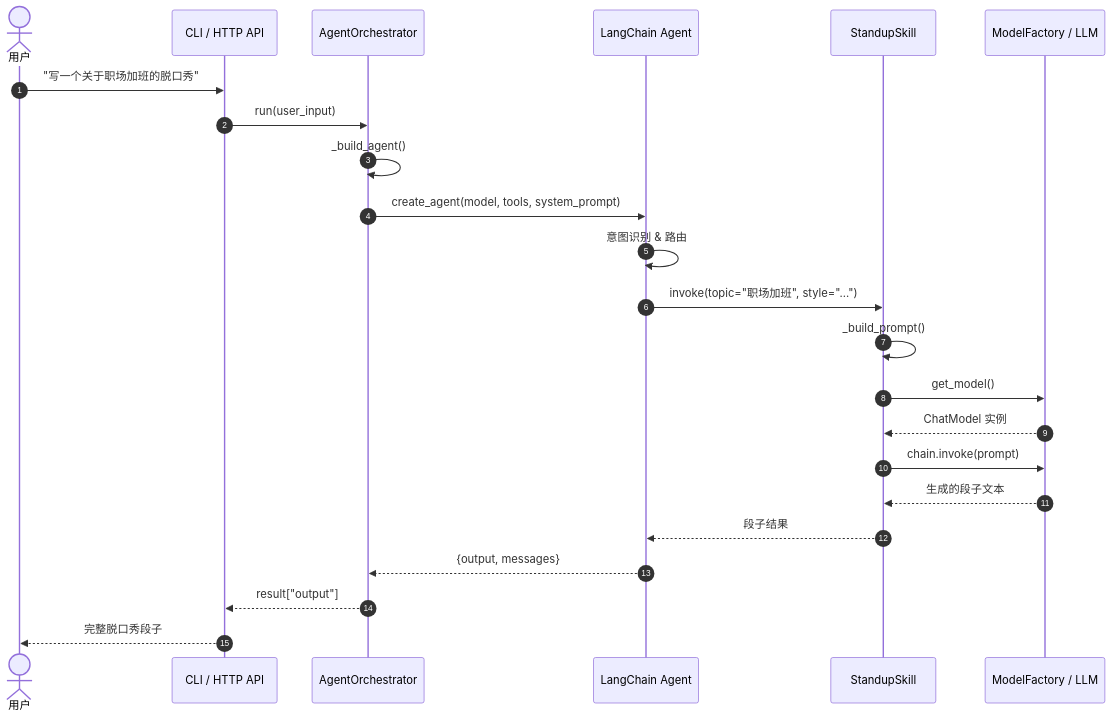
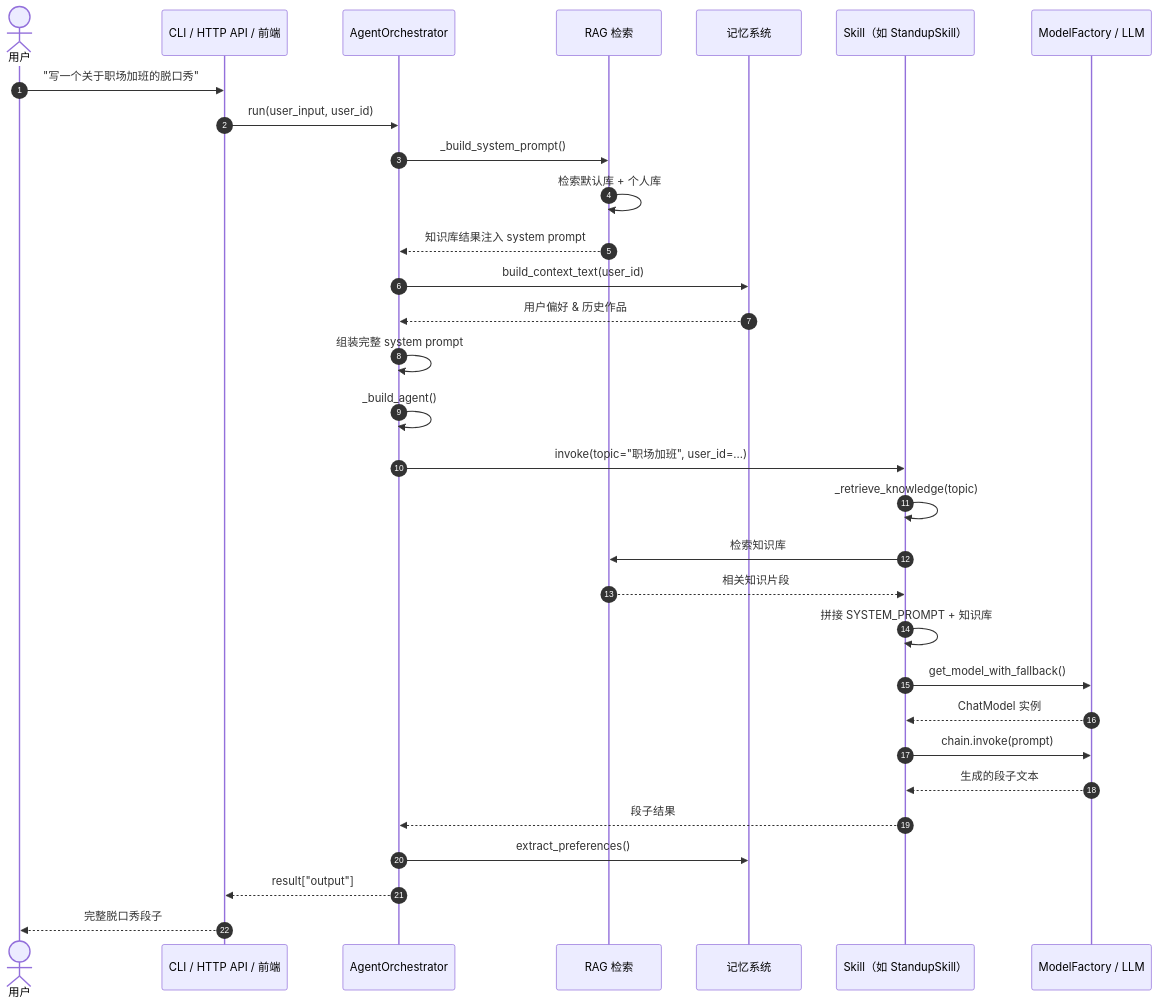
One commit to kreator666/cd-agent changed the second of 4 diagrams in docs/architecture.md. Above: the diagram before and after it, drawn with Mermaid. The commit also changed other lines of this file and 3 other files, not shown here.

First line of the commit message:
docs: 更新系统架构图反映当前完整架构

````diff
--- a/docs/architecture.md
+++ b/docs/architecture.md
@@ -77,26 +115,34 @@
 ```mermaid
 sequenceDiagram
     autonumber
     actor User as 用户
-    participant CLI as CLI / HTTP API
+    participant API as CLI / HTTP API / 前端
     participant Orch as AgentOrchestrator
-    participant Agent as LangChain Agent
-    participant Skill as StandupSkill
+    participant RAG as RAG 检索
+    participant Mem as 记忆系统
+    participant Skill as Skill（如 StandupSkill）
     participant LLM as ModelFactory / LLM
 
-    User->>CLI: "写一个关于职场加班的脱口秀"
-    CLI->>Orch: run(user_input)
+    User->>API: "写一个关于职场加班的脱口秀"
+    API->>Orch: run(user_input, user_id)
+    Orch->>RAG: _build_system_prompt()
+    RAG->>RAG: 检索默认库 + 个人库
+    RAG-->>Orch: 知识库结果注入 system prompt
+    Orch->>Mem: build_context_text(user_id)
+    Mem-->>Orch: 用户偏好 & 历史作品
+    Orch->>Orch: 组装完整 system prompt
     Orch->>Orch: _build_agent()
-    Orch->>Agent: create_agent(model, tools, system_prompt)
-    Agent->>Agent: 意图识别 & 路由
-    Agent->>Skill: invoke(topic="职场加班", style="...")
-    Skill->>Skill: _build_prompt()
-    Skill->>LLM: get_model()
+    Orch->>Skill: invoke(topic="职场加班", user_id=...)
+    Skill->>Skill: _retrieve_knowledge(topic)
+    Skill->>RAG: 检索知识库
+    RAG-->>Skill: 相关知识片段
+    Skill->>Skill: 拼接 SYSTEM_PROMPT + 知识库
+    Skill->>LLM: get_model_with_fallback()
     LLM-->>Skill: ChatModel 实例
     Skill->>LLM: chain.invoke(prompt)
     LLM-->>Skill: 生成的段子文本
-    Skill-->>Agent: 段子结果
-    Agent-->>Orch: {output, messages}
-    Orch-->>CLI: result["output"]
-    CLI-->>User: 完整脱口秀段子
+    Skill-->>Orch: 段子结果
+    Orch->>Mem: extract_preferences()
+    Orch-->>API: result["output"]
+    API-->>User: 完整脱口秀段子
 ```
````
